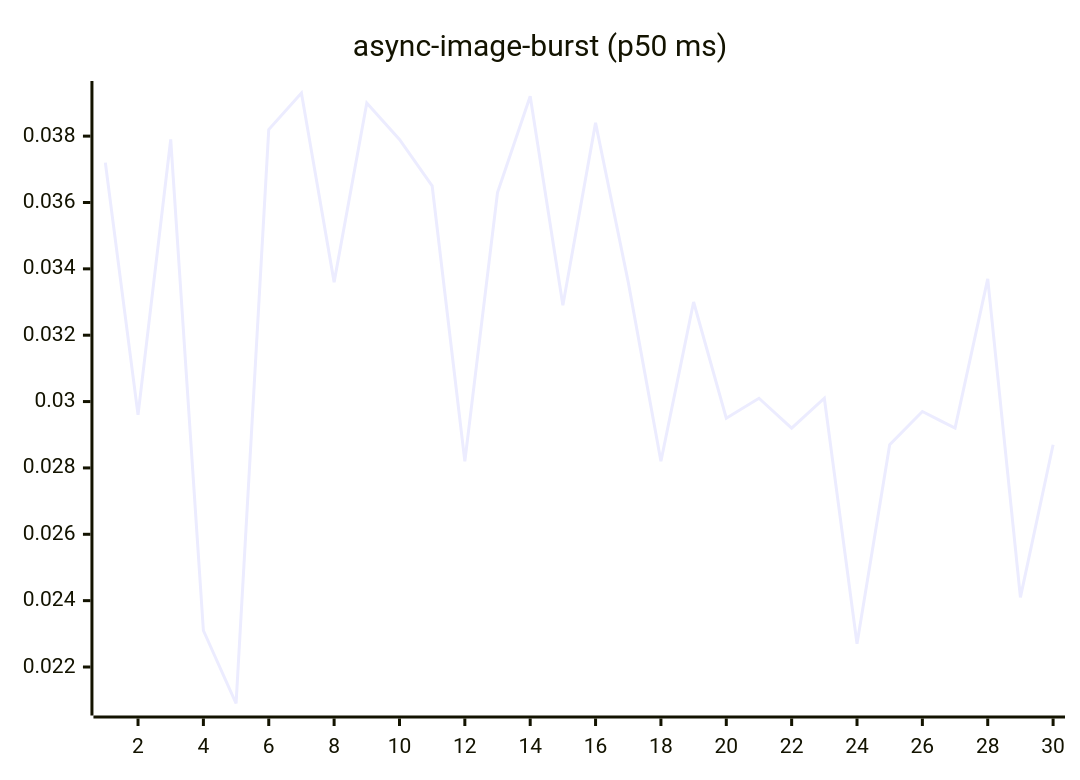
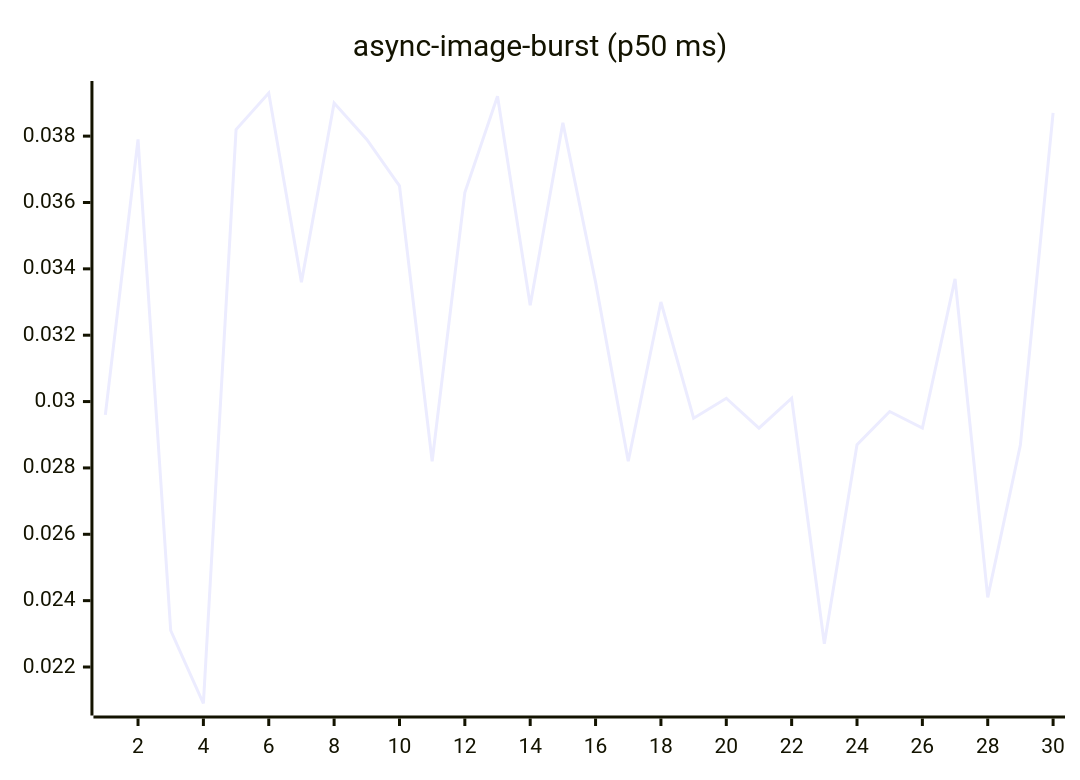
Before and after one commit to josha/Facet: the fourth of 27 diagrams in README.md, drawn with Mermaid. The commit also changed other lines of this file and 2 other files, not shown here.

````diff
--- a/README.md
+++ b/README.md
@@ -84,6 +84,6 @@
 ```mermaid
 xychart-beta
     title "async-image-burst (p50 ms)"
     x-axis 1 --> 30
-    line [0.0372, 0.0296, 0.0379, 0.0231, 0.0209, 0.0382, 0.0393, 0.0336, 0.0390, 0.0379, 0.0365, 0.0282, 0.0363, 0.0392, 0.0329, 0.0384, 0.0336, 0.0282, 0.0330, 0.0295, 0.0301, 0.0292, 0.0301, 0.0227, 0.0287, 0.0297, 0.0292, 0.0337, 0.0241, 0.0287]
+    line [0.0296, 0.0379, 0.0231, 0.0209, 0.0382, 0.0393, 0.0336, 0.0390, 0.0379, 0.0365, 0.0282, 0.0363, 0.0392, 0.0329, 0.0384, 0.0336, 0.0282, 0.0330, 0.0295, 0.0301, 0.0292, 0.0301, 0.0227, 0.0287, 0.0297, 0.0292, 0.0337, 0.0241, 0.0287, 0.0387]
 ```
````
